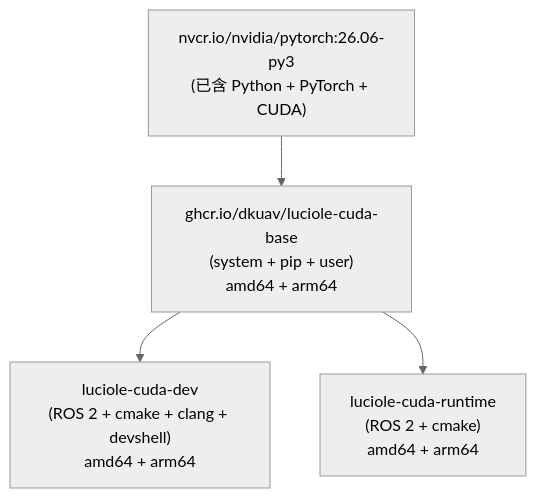
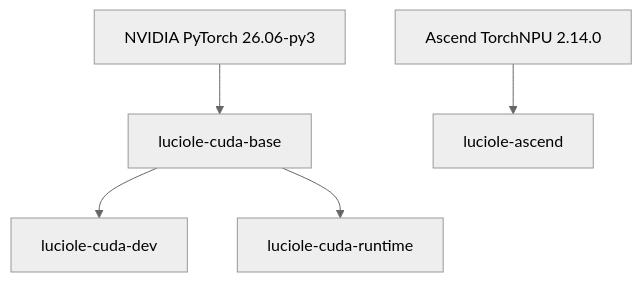
The first of 2 diagrams in README_zh.md (DKUAV/images), drawn with Mermaid (neutral theme) before and after one commit. The commit also changed other lines of this file and 81 other files, not shown here.

````diff
--- a/README_zh.md
+++ b/README_zh.md
@@ -11,7 +9,7 @@
 ```mermaid
 graph TD
-  C["nvcr.io/nvidia/pytorch:26.06-py3\n(已含 Python + PyTorch + CUDA)"] --> CB["ghcr.io/dkuav/luciole-cuda-base\n(system + pip + user)\namd64 + arm64"]
-
-  CB --> HCD["luciole-cuda-dev\n(ROS 2 + cmake + clang + devshell)\namd64 + arm64"]
-  CB --> HCR["luciole-cuda-runtime\n(ROS 2 + cmake)\namd64 + arm64"]
+  N["NVIDIA PyTorch 26.06-py3"] --> B["luciole-cuda-base"]
+  B --> D["luciole-cuda-dev"]
+  B --> R["luciole-cuda-runtime"]
+  A["Ascend TorchNPU 2.14.0"] --> NPU["luciole-ascend"]
 ```
````
